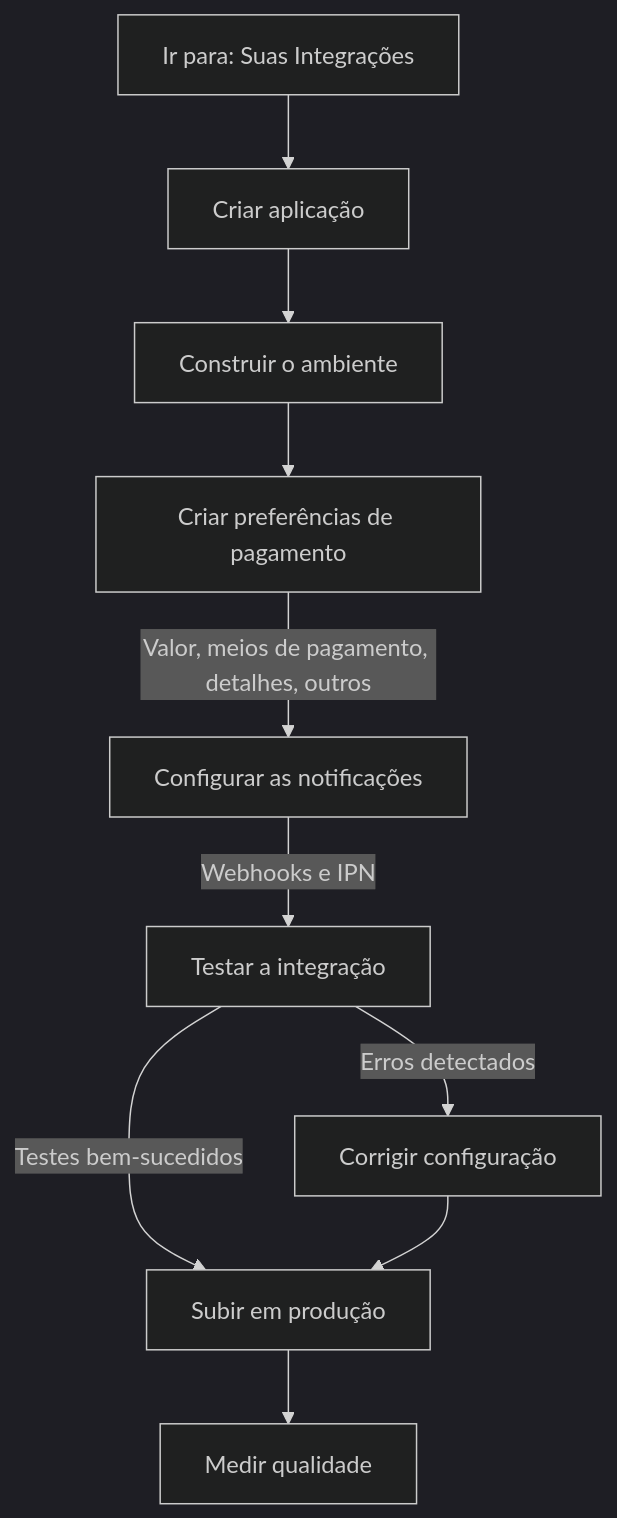
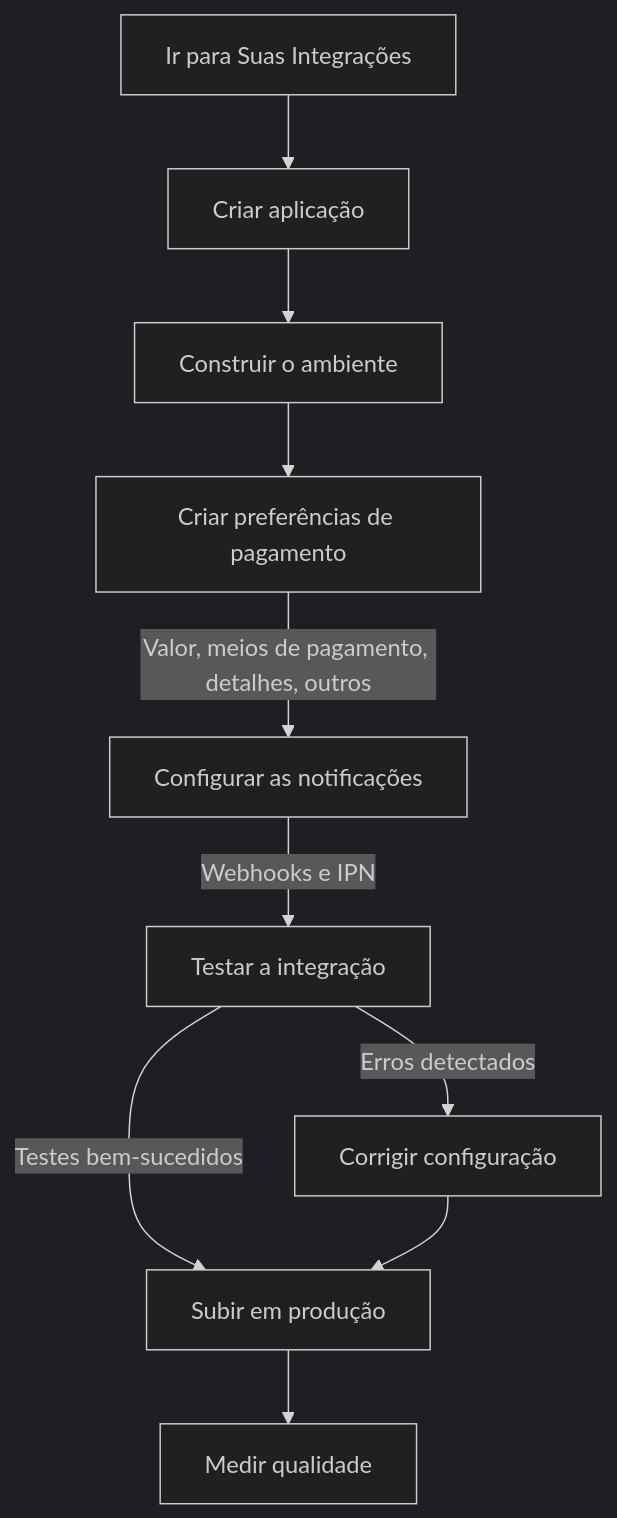
The diagram in guides/checkout-pro/overview.pt.md (22Neves/devsite-docs), drawn with Mermaid (dark theme) before and after one commit. The commit also changed 2 other files, not shown here.

Commit message:
minor fix

```diff
--- a/guides/checkout-pro/overview.pt.md
+++ b/guides/checkout-pro/overview.pt.md
@@ -126,12 +126,12 @@
     <pre class="mermaid">
 flowchart TD
-            A["Ir para: Suas Integrações"] --> B["Criar aplicação"]
+            A["Ir para Suas Integrações"] --> B["Criar aplicação"]
             B --> C["Construir o ambiente"]
             C --> D["Criar preferências de pagamento"]
             D -- Valor, meios de pagamento, detalhes, outros --> F["Configurar as notificações"]
             F -- Webhooks e IPN --> E["Testar a integração"]
             E -- Testes bem-sucedidos --> H["Subir em produção"]
             E -- Erros detectados --> I["Corrigir configuração"]
             I --> H
             H --> J["Medir qualidade"]
     </pre>
```
